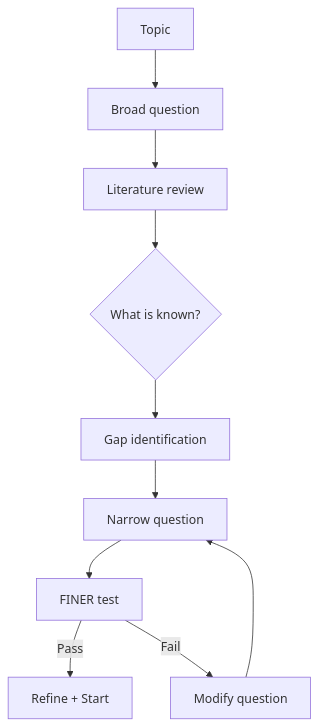
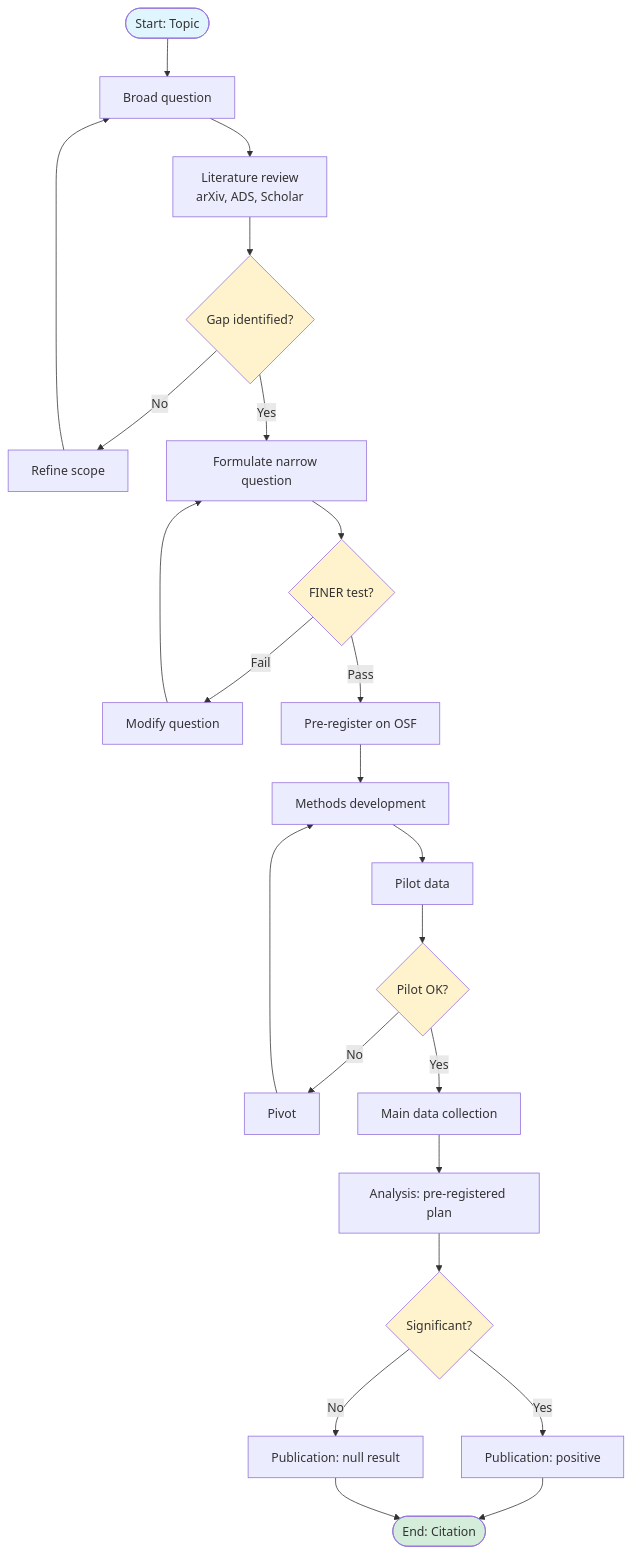
Before and after one commit to yip-lgtm/PhysicsSelfStudy: the first of 3 diagrams in 01_BSc_Physics/electives/PHYS_2090X_Directed_Studies_I/README.md, drawn with Mermaid. The commit also changed other lines of this file and 8 other files, not shown here.

````diff
--- a/01_BSc_Physics/electives/PHYS_2090X_Directed_Studies_I/README.md
+++ b/01_BSc_Physics/electives/PHYS_2090X_Directed_Studies_I/README.md
@@ -92,12 +1187,32 @@
 ```mermaid
-graph TD
-    A[Topic] --> B[Broad question]
-    B --> C[Literature review]
-    C --> D{What is known?}
-    D --> E[Gap identification]
-    E --> F[Narrow question]
-    F --> G[FINER test]
-    G -->|Pass| H[Refine + Start]
-    G -->|Fail| I[Modify question]
-    I --> F
+flowchart TD
+    A([Start: Topic]) --> B[Broad question]
+    B --> C[Literature review<br/>arXiv, ADS, Scholar]
+    C --> D{Gap identified?}
+    D -->|No| E[Refine scope]
+    E --> B
+    D -->|Yes| F[Formulate narrow question]
+    F --> G{FINER test?}
+    G -->|Fail| H[Modify question]
+    H --> F
+    G -->|Pass| I[Pre-register on OSF]
+    I --> J[Methods development]
+    J --> K[Pilot data]
+    K --> L{Pilot OK?}
+    L -->|No| M[Pivot]
+    M --> J
+    L -->|Yes| N[Main data collection]
+    N --> O[Analysis: pre-registered plan]
+    O --> P{Significant?}
+    P -->|Yes| Q[Publication: positive]
+    P -->|No| R[Publication: null result]
+    Q --> S([End: Citation])
+    R --> S
+    
+    style A fill:#e1f5ff
+    style S fill:#d4edda
+    style D fill:#fff3cd
+    style G fill:#fff3cd
+    style L fill:#fff3cd
+    style P fill:#fff3cd
 ```
````
